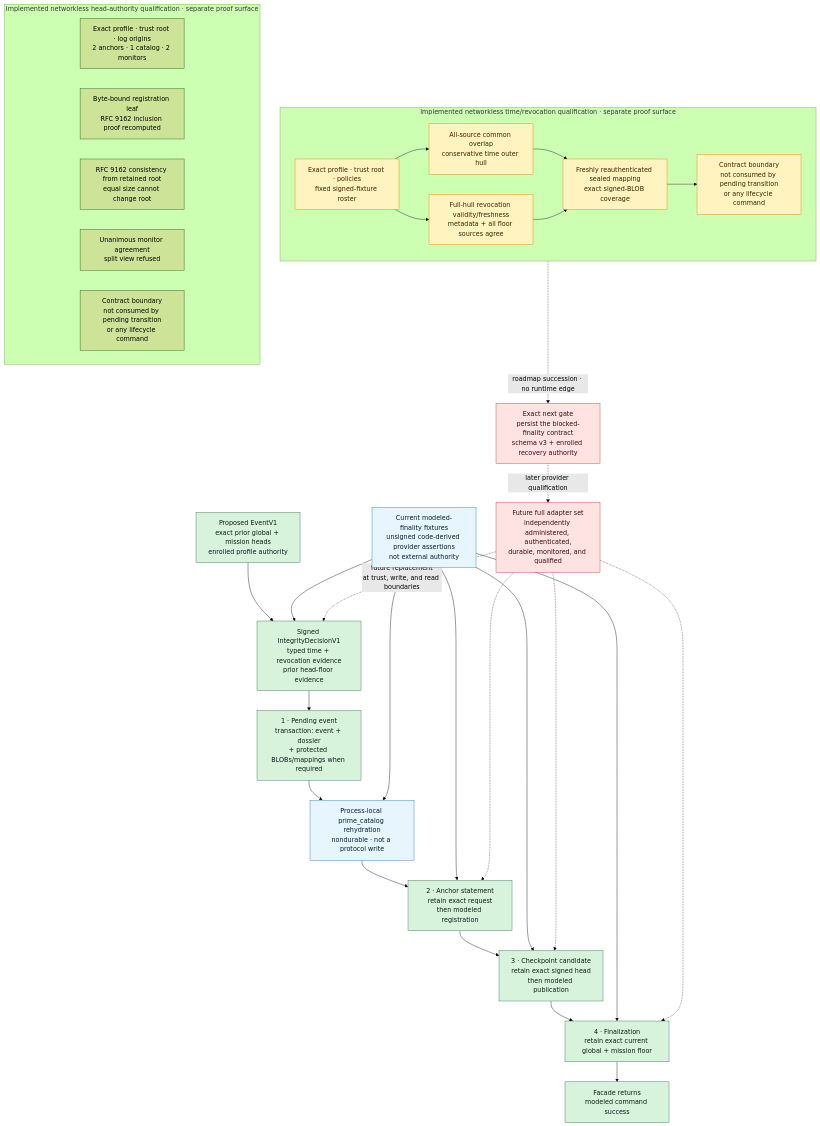
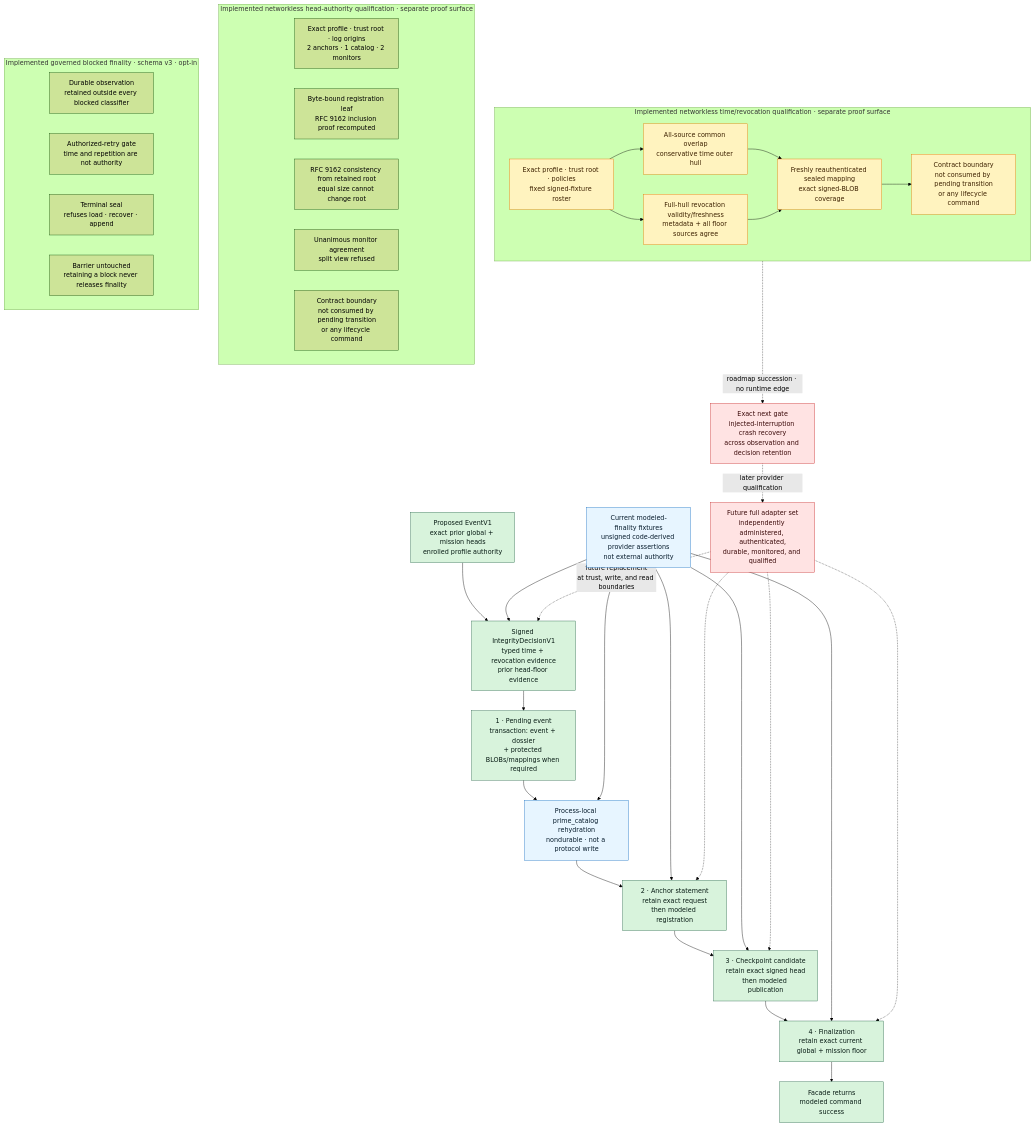
The second of 2 diagrams in README.md (manfromnowhere143/etzio), drawn with Mermaid (forest theme) before and after one commit. The commit also changed other lines of this file and 2 other files, not shown here.

````diff
--- a/README.md
+++ b/README.md
@@ -290,60 +296,68 @@
 ```mermaid
 flowchart TB
     E["Proposed EventV1<br/>exact prior global + mission heads<br/>enrolled profile authority"]
     D["Signed IntegrityDecisionV1<br/>typed time + revocation evidence<br/>prior head-floor evidence"]
     P1["1 · Pending event<br/>transaction: event + dossier<br/>+ protected BLOBs/mappings when required"]
     RH["Process-local prime_catalog rehydration<br/>nondurable · not a protocol write"]
     P2["2 · Anchor statement<br/>retain exact request<br/>then modeled registration"]
     P3["3 · Checkpoint candidate<br/>retain exact signed head<br/>then modeled publication"]
     P4["4 · Finalization<br/>retain exact current global + mission floor"]
     OK["Facade returns<br/>modeled command success"]
     FX["Current modeled-finality fixtures<br/>unsigned code-derived provider assertions<br/>not external authority"]
 
     subgraph QUAL2["Implemented networkless time/revocation qualification · separate proof surface"]
         direction LR
         QP["Exact profile · trust root · policies<br/>fixed signed-fixture roster"]
         QT["All-source common overlap<br/>conservative time outer hull"]
         QR["Full-hull revocation validity/freshness<br/>metadata + all floor sources agree"]
         QM["Freshly reauthenticated sealed mapping<br/>exact signed-BLOB coverage"]
         QN["Contract boundary<br/>not consumed by pending transition<br/>or any lifecycle command"]
     end
 
     subgraph QUAL3["Implemented networkless head-authority qualification · separate proof surface"]
         direction LR
         HP["Exact profile · trust root · log origins<br/>2 anchors · 1 catalog · 2 monitors"]
         HA["Byte-bound registration leaf<br/>RFC 9162 inclusion proof recomputed"]
         HC["RFC 9162 consistency from retained root<br/>equal size cannot change root"]
         HM["Unanimous monitor agreement<br/>split view refused"]
         HN["Contract boundary<br/>not consumed by pending transition<br/>or any lifecycle command"]
     end
 
-    NEXT["Exact next gate<br/>persist the blocked-finality contract<br/>schema v3 + enrolled recovery authority"]
+    subgraph BLOCKED["Implemented governed blocked finality · schema v3 · opt-in"]
+        direction LR
+        BO["Durable observation<br/>retained outside every blocked classifier"]
+        BG["Authorized-retry gate<br/>time and repetition are not authority"]
+        BS["Terminal seal<br/>refuses load · recover · append"]
+        BB["Barrier untouched<br/>retaining a block never releases finality"]
+    end
+
+    NEXT["Exact next gate<br/>injected-interruption crash recovery<br/>across observation and decision retention"]
     EXT["Future full adapter set<br/>independently administered, authenticated,<br/>durable, monitored, and qualified"]
 
     E --> D --> P1 --> RH --> P2 --> P3 --> P4 --> OK
     FX --> D
     FX --> RH
     FX --> P2
     FX --> P3
     FX --> P4
     QP --> QT
     QP --> QR
     QT --> QM
     QR --> QM
     QM --> QN
     QN -. "roadmap succession · no runtime edge" .-> NEXT
     NEXT -. "later provider qualification" .-> EXT
     EXT -. "future replacement<br/>at trust, write, and read boundaries" .-> D
     EXT -.-> P2
     EXT -.-> P3
     EXT -.-> P4
 
     classDef retained fill:#d8f3dc,stroke:#2d6a4f,color:#081c15;
     classDef boundary fill:#e7f5ff,stroke:#1971c2,color:#061b2c;
     classDef qualification fill:#fff3bf,stroke:#e67700,color:#3d2100;
     classDef blocked fill:#ffe3e3,stroke:#c92a2a,color:#3b0a0a;
     class E,D,P1,P2,P3,P4,OK retained;
     class FX,RH boundary;
     class QP,QT,QR,QM,QN qualification;
     class NEXT,EXT blocked;
 ```
````
